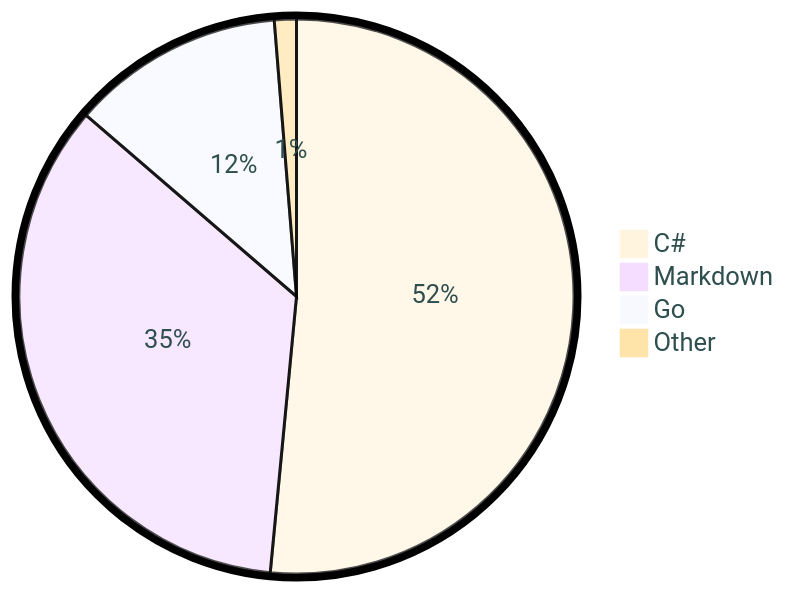
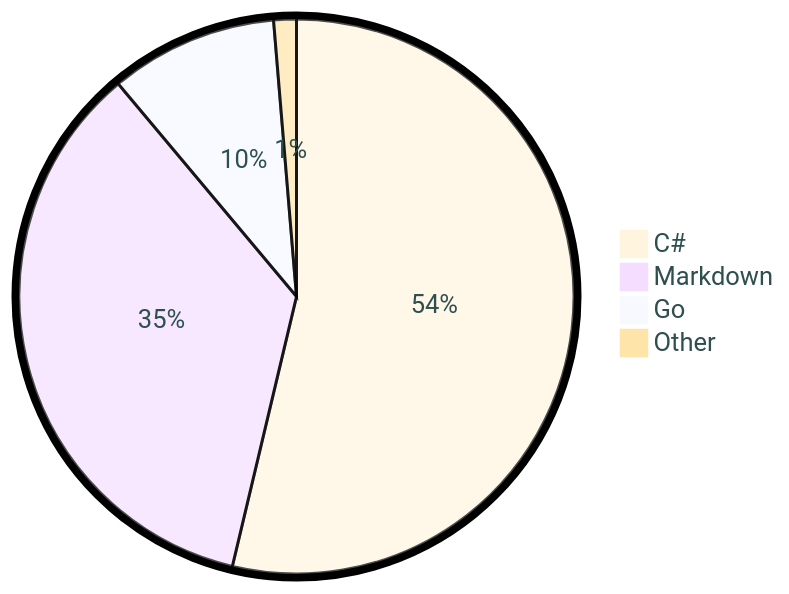
One commit to tot0p/tot0p changed the diagram in README.md. Above: the diagram before and after it, drawn with Mermaid. The commit also changed other lines of this file, not shown here.

````diff
--- a/README.md
+++ b/README.md
@@ -78,8 +77,8 @@
 ```mermaid
 %%{init: {"pie": {"textPosition": 0.5}, "themeVariables": {"pieOuterStrokeWidth": "5px","primaryTextColor" : "#2F4F4F"},"theme":"base"} }%%
 pie
-	"C#": 51.51
-	"Markdown": 34.81
-	"Go": 12.4
-	"Other": 1.2800000000000002
+	"C#": 53.71
+	"Markdown": 35.18
+	"Go": 9.78
+	"Other": 1.3200000000000003
 ```
````
